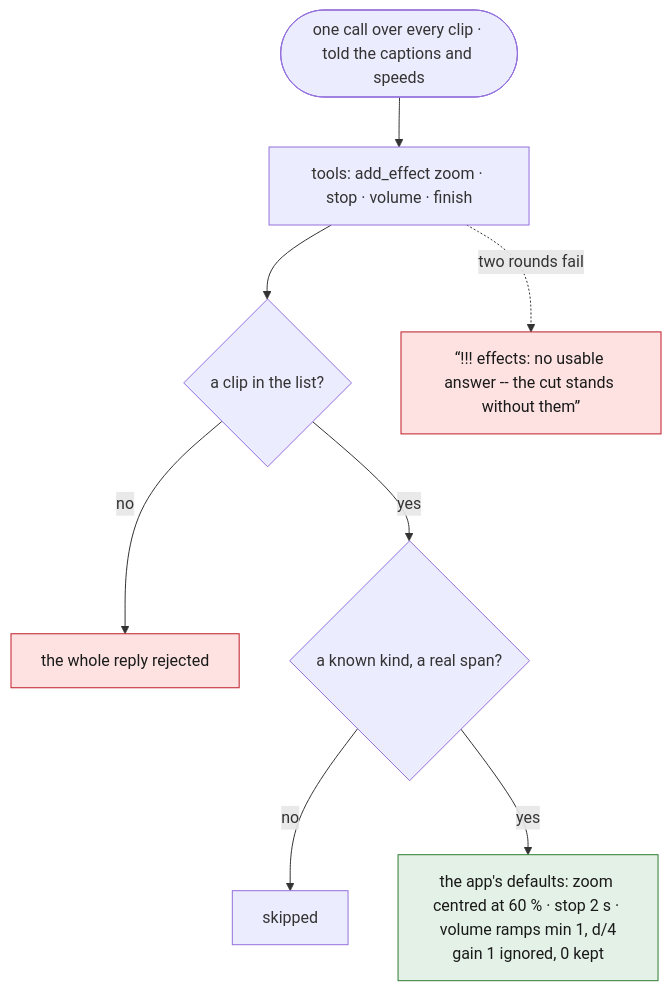
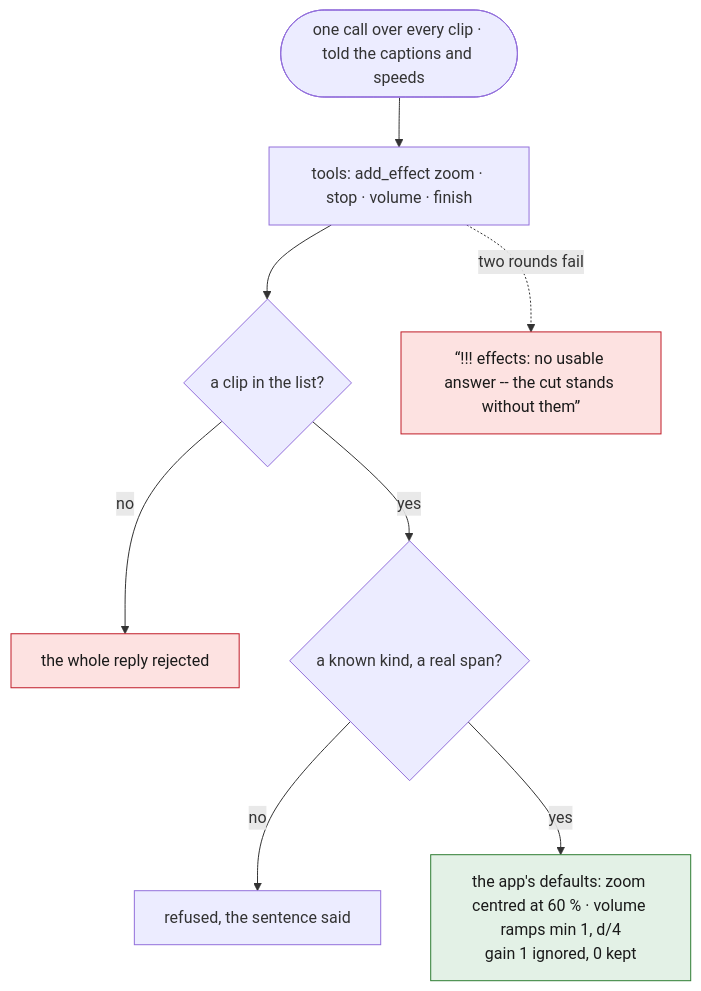
Diagram 11 of 12 in spec/06-effects.md (tbocek/naivepost), drawn with Mermaid before and after one commit. The commit also changed other lines of this file and 21 other files, not shown here.

````diff
--- a/spec/06-effects.md
+++ b/spec/06-effects.md
@@ -290,13 +290,13 @@
 ```mermaid
 flowchart TD
   A(["one call over every clip · told the captions and speeds"]) --> T["tools: add_effect zoom · stop · volume · finish"]
   T --> V{"a clip in the list?"}
   V -- no --> RJ["the whole reply rejected"]:::refuse
   V -- yes --> K{"a known kind, a real span?"}
-  K -- no --> SK["skipped"]
-  K -- yes --> D["the app's defaults: zoom centred at 60 % · stop 2 s · volume ramps min 1, d/4<br/>gain 1 ignored, 0 kept"]:::done
+  K -- no --> SK["refused, the sentence said"]
+  K -- yes --> D["the app's defaults: zoom centred at 60 % · volume ramps min 1, d/4<br/>gain 1 ignored, 0 kept"]:::done
   T -. two rounds fail .-> F["“!!! effects: no usable answer -- the cut stands without them”"]:::refuse
   classDef refuse fill:#fde2e1,stroke:#c01c28,color:#1a1a1a
   classDef done fill:#e3f1e6,stroke:#2e7d32,color:#1a1a1a
   classDef ask fill:#e8eefc,stroke:#3a63c8,color:#1a1a1a
 ```
````
